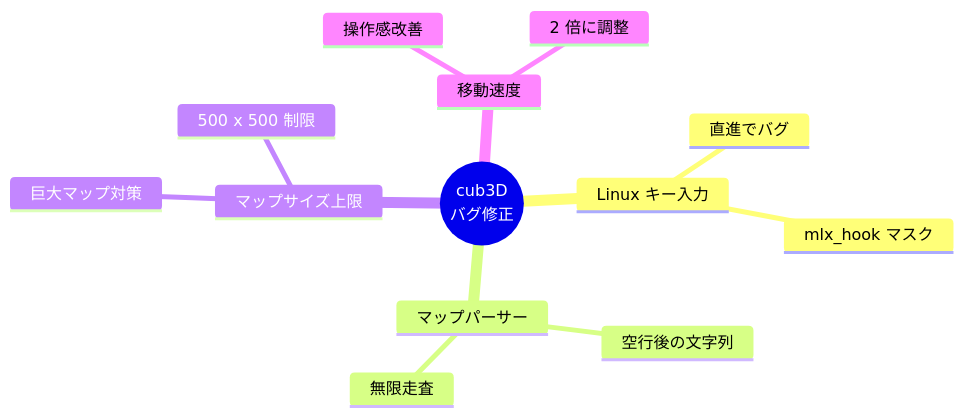
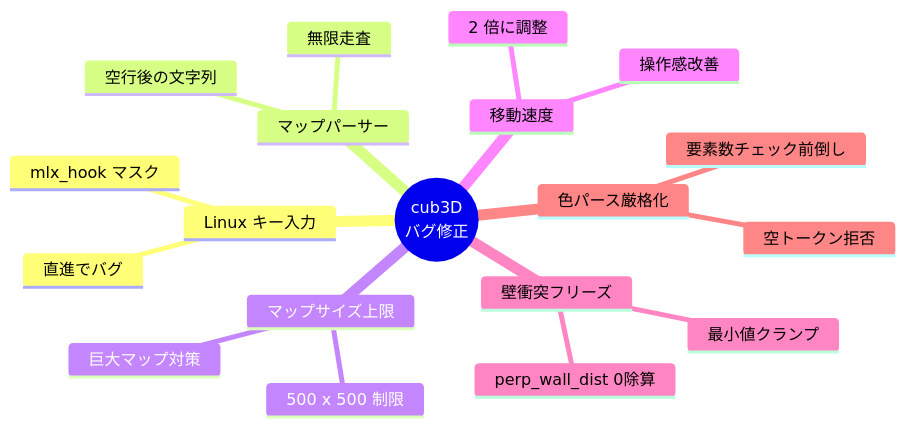
One commit to Tsunanko/cub3d-guide changed the first of 5 diagrams in docs/09-debugging.md. Above: the diagram before and after it, drawn with Mermaid. The commit also changed other lines of this file and 3 other files, not shown here.

````diff
--- a/docs/09-debugging.md
+++ b/docs/09-debugging.md
@@ -20,16 +21,22 @@
 ```mermaid
 mindmap
   root((cub3D<br>バグ修正))
     Linux キー入力
       直進でバグ
       mlx_hook マスク
     マップパーサー
       空行後の文字列
       無限走査
     マップサイズ上限
       巨大マップ対策
       500 x 500 制限
     移動速度
       操作感改善
       2 倍に調整
+    壁衝突フリーズ
+      perp_wall_dist 0除算
+      最小値クランプ
+    色パース厳格化
+      空トークン拒否
+      要素数チェック前倒し
 ```
````
